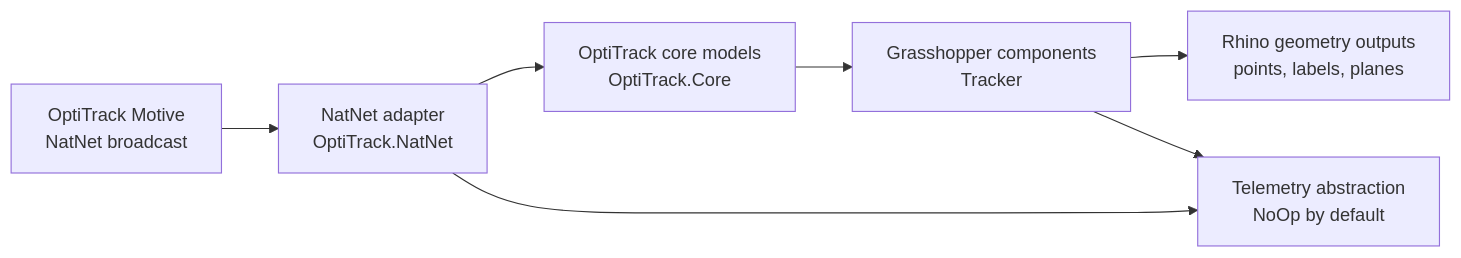
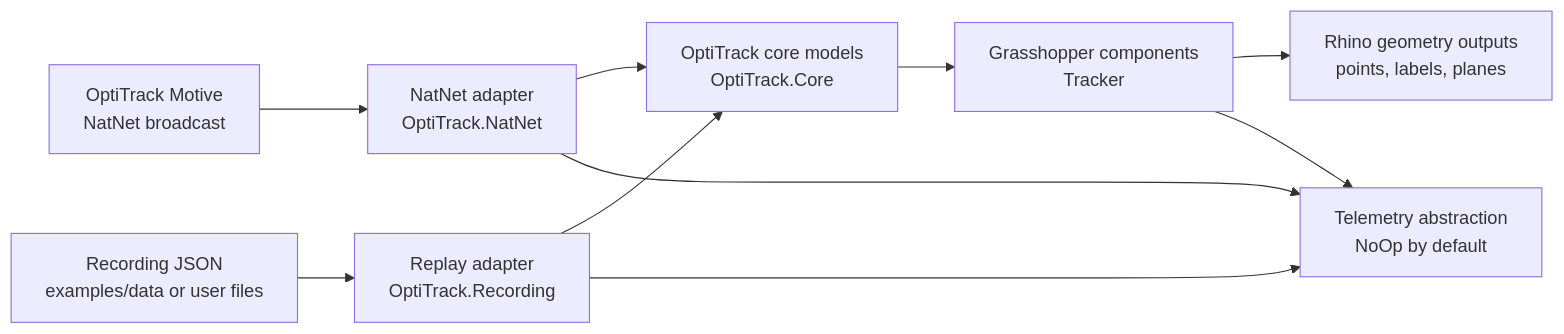
Before and after one commit to rhughes42/optitrack-gh: the diagram in docs/architecture.md, drawn with Mermaid. The commit also changed other lines of this file and 19 other files, not shown here.

Commit message:
feat: add recording and replay mode with safe telemetry

````diff
--- a/docs/architecture.md
+++ b/docs/architecture.md
@@ -5,9 +5,12 @@
 ```mermaid
 flowchart LR
   Motive[OptiTrack Motive<br/>NatNet broadcast] --> Adapter[NatNet adapter<br/>OptiTrack.NatNet]
+  Recording[Recording JSON<br/>examples/data or user files] --> Replay[Replay adapter<br/>OptiTrack.Recording]
   Adapter --> Core[OptiTrack core models<br/>OptiTrack.Core]
+  Replay --> Core
   Adapter --> Telemetry[Telemetry abstraction<br/>NoOp by default]
+  Replay --> Telemetry
   Core --> Grasshopper[Grasshopper components<br/>Tracker]
   Grasshopper --> Rhino[Rhino geometry outputs<br/>points, labels, planes]
   Grasshopper --> Telemetry
 ```
````
